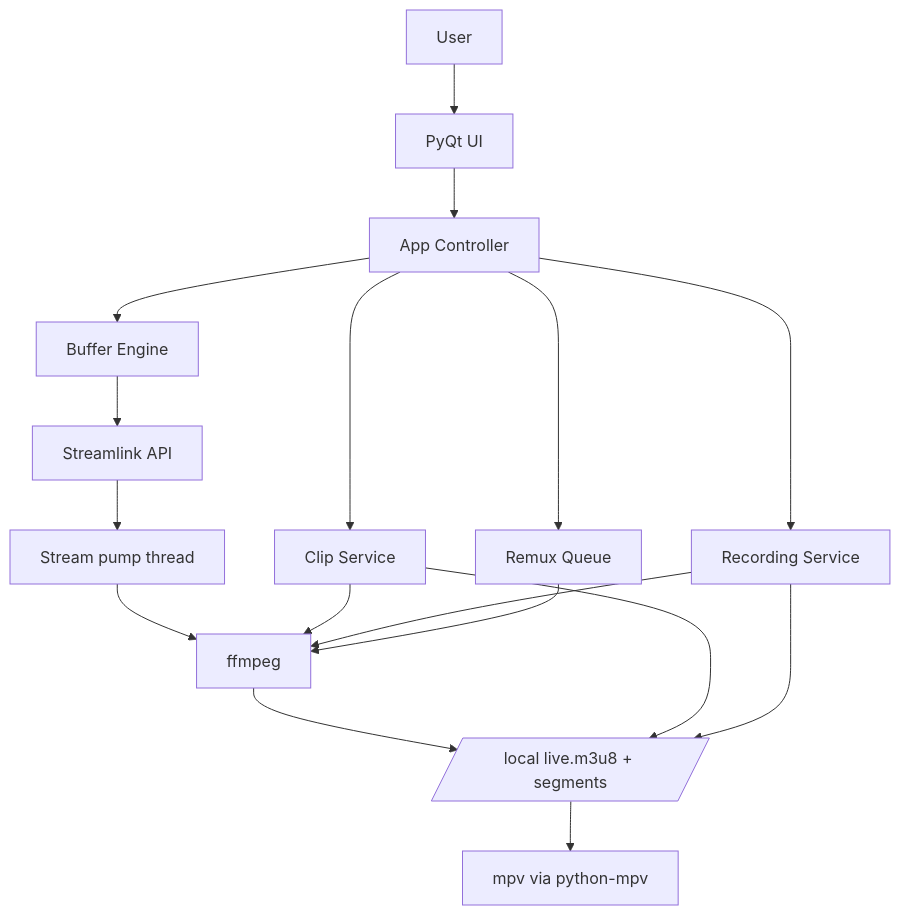
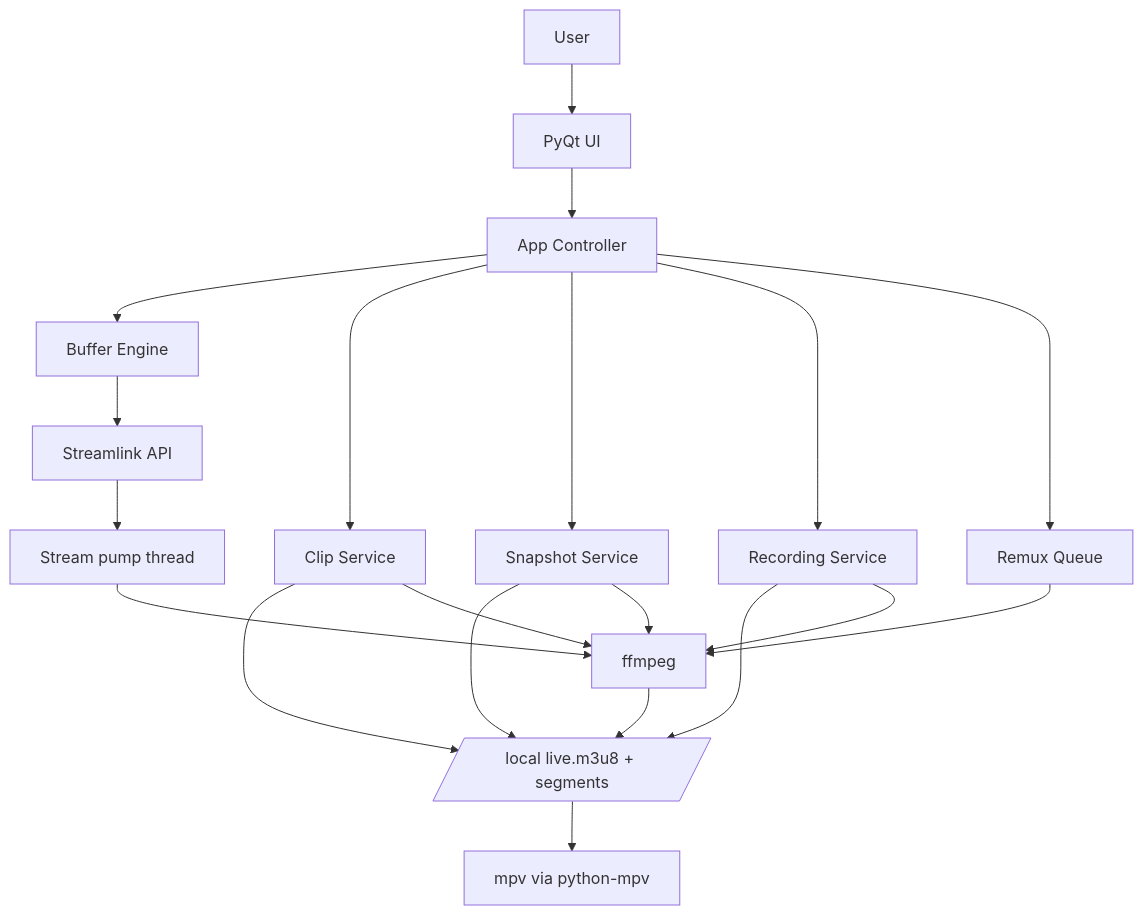
One commit to tarzasai/clippiti changed the first of 2 diagrams in doc/architecture-overview.md. Above: the diagram before and after it, drawn with Mermaid. The commit also changed other lines of this file and 5 other files, not shown here.

````diff
--- a/doc/architecture-overview.md
+++ b/doc/architecture-overview.md
@@ -8,21 +8,24 @@
 ```mermaid
 flowchart TD
     U[User] --> UI[PyQt UI]
     UI --> APP[App Controller]
     APP --> BE[Buffer Engine]
     APP --> CLIP[Clip Service]
+    APP --> SNAP[Snapshot Service]
     APP --> REC[Recording Service]
     APP --> RQ[Remux Queue]
 
     BE --> SL[Streamlink API]
     SL --> PUMP[Stream pump thread]
     PUMP --> FF[ffmpeg]
     FF --> HLS[/local live.m3u8 + segments/]
     HLS --> MPV[mpv via python-mpv]
 
     CLIP --> HLS
     CLIP --> FF
+    SNAP --> HLS
+    SNAP --> FF
     REC --> HLS
     REC --> FF
     RQ --> FF
 ```
````
